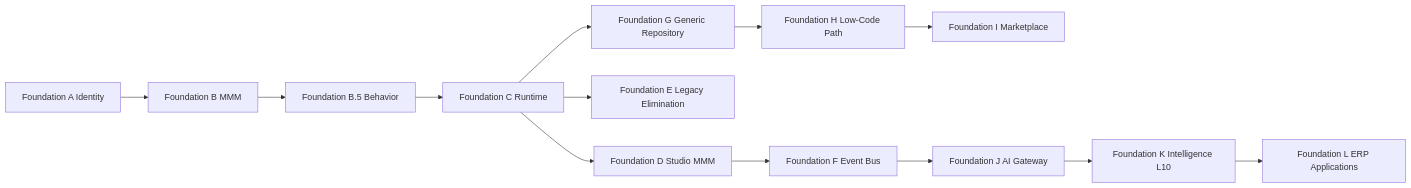
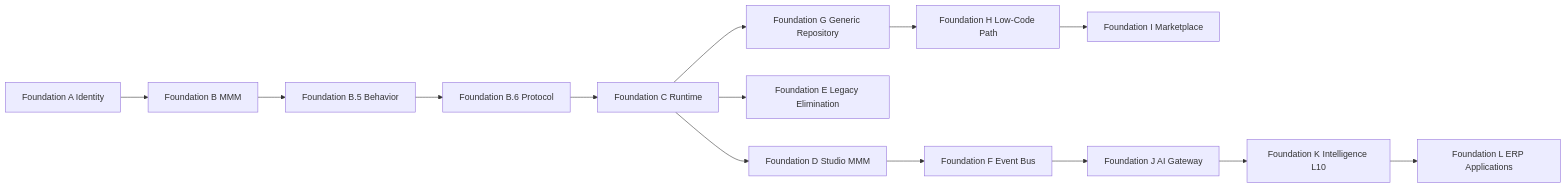
The diagram in docs/platform-architecture/18-FOUNDATION-ROADMAP.md (maikelimaadm-stack/PROJETOMG), drawn with Mermaid before and after one commit. The commit also changed other lines of this file and 34 other files, not shown here.

First line of the commit message:
docs: Foundation B.6 Universal Execution Protocol (UEP)

````diff
--- a/docs/platform-architecture/18-FOUNDATION-ROADMAP.md
+++ b/docs/platform-architecture/18-FOUNDATION-ROADMAP.md
@@ -15,15 +15,16 @@
 ```mermaid
 flowchart LR
   FA[Foundation A Identity] --> FB[Foundation B MMM]
   FB --> FB5[Foundation B.5 Behavior]
-  FB5 --> FC[Foundation C Runtime]
+  FB5 --> FB6[Foundation B.6 Protocol]
+  FB6 --> FC[Foundation C Runtime]
   FC --> FD[Foundation D Studio MMM]
   FC --> FE[Foundation E Legacy Elimination]
   FD --> FF[Foundation F Event Bus]
   FC --> FG[Foundation G Generic Repository]
   FG --> FH[Foundation H Low-Code Path]
   FH --> FI[Foundation I Marketplace]
   FF --> FJ[Foundation J AI Gateway]
   FJ --> FK[Foundation K Intelligence L10]
   FK --> FL[Foundation L ERP Applications]
 ```
````
